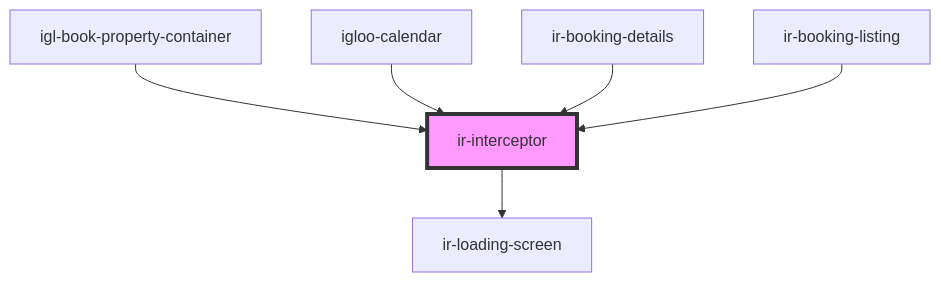
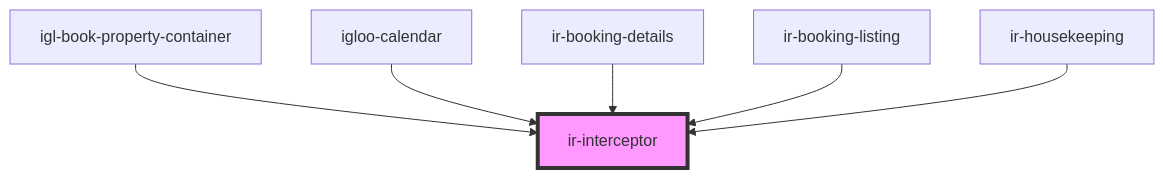
One commit to David1Chowaifaty/modified-ir-webcmp changed the diagram in src/components/ir-interceptor/readme.md. Above: the diagram before and after it, drawn with Mermaid. The commit also changed other lines of this file and 10 other files, not shown here.

````diff
--- a/src/components/ir-interceptor/readme.md
+++ b/src/components/ir-interceptor/readme.md
@@ -36,9 +33,9 @@
 ```mermaid
 graph TD;
-  ir-interceptor --> ir-loading-screen
   igl-book-property-container --> ir-interceptor
   igloo-calendar --> ir-interceptor
   ir-booking-details --> ir-interceptor
   ir-booking-listing --> ir-interceptor
+  ir-housekeeping --> ir-interceptor
   style ir-interceptor fill:#f9f,stroke:#333,stroke-width:4px
 ```
````
